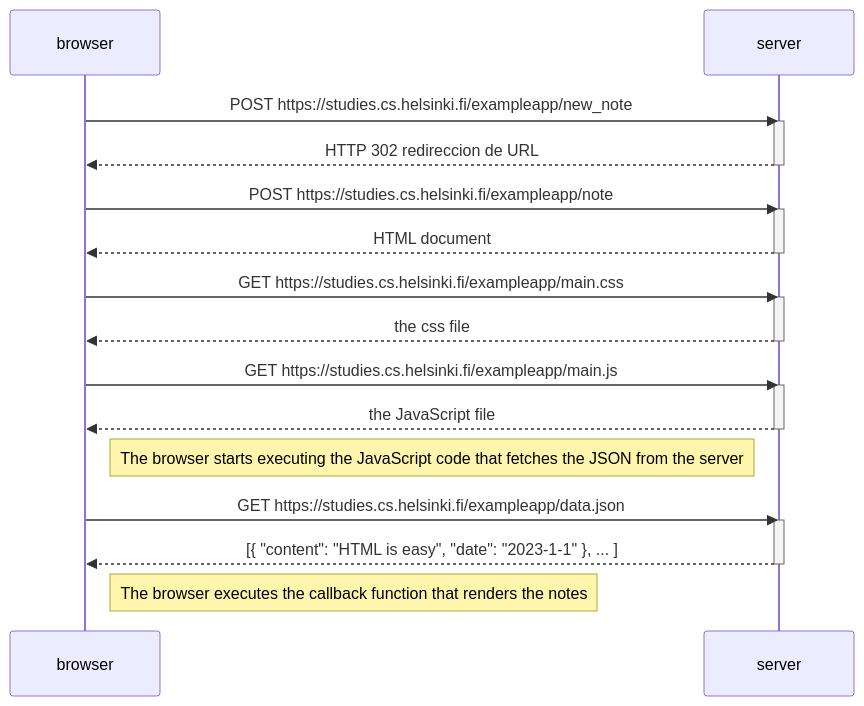
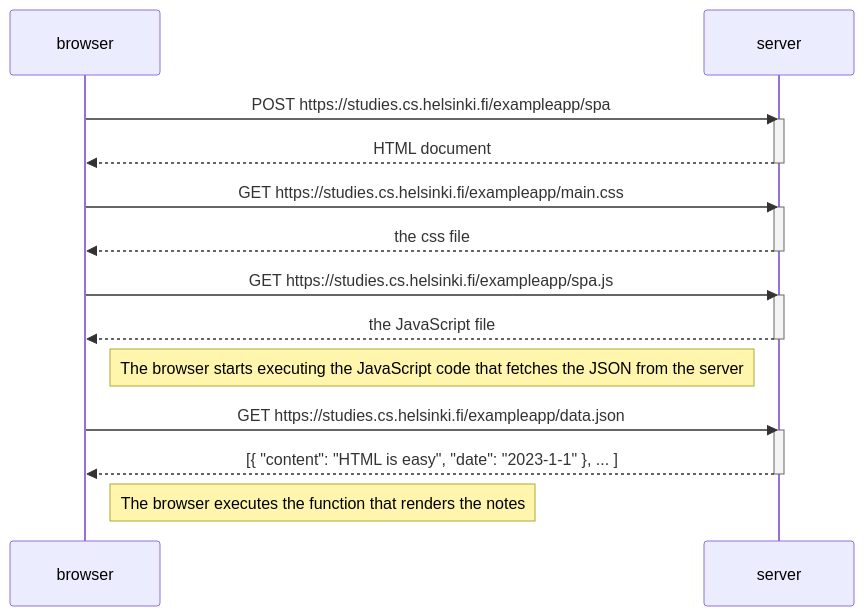
The diagram in part0/05-diagramSPA.md (noerotgerdev-ai/full-stack-open), drawn with Mermaid before and after one commit.

Commit message:
Update 05-diagramSPA.md
Spa diagram

````diff
--- a/part0/05-diagramSPA.md
+++ b/part0/05-diagramSPA.md
@@ -2,34 +2,29 @@
 ```mermaid
 sequenceDiagram
     participant browser
     participant server
 
-    browser->>server: POST https://studies.cs.helsinki.fi/exampleapp/new_note
-    activate server
-    server-->>browser: HTTP 302 redireccion de URL
-    deactivate server
-
-    browser->>server: POST https://studies.cs.helsinki.fi/exampleapp/note
+    browser->>server: POST https://studies.cs.helsinki.fi/exampleapp/spa
     activate server
     server-->>browser: HTML document
     deactivate server
 
     browser->>server: GET https://studies.cs.helsinki.fi/exampleapp/main.css
     activate server
     server-->>browser: the css file
     deactivate server
 
-    browser->>server: GET https://studies.cs.helsinki.fi/exampleapp/main.js
+    browser->>server: GET https://studies.cs.helsinki.fi/exampleapp/spa.js
     activate server
     server-->>browser: the JavaScript file
     deactivate server
 
     Note right of browser: The browser starts executing the JavaScript code that fetches the JSON from the server
 
     browser->>server: GET https://studies.cs.helsinki.fi/exampleapp/data.json
     activate server
     server-->>browser: [{ "content": "HTML is easy", "date": "2023-1-1" }, ... ]
     deactivate server
 
-    Note right of browser: The browser executes the callback function that renders the notes
+    Note right of browser: The browser executes the function that renders the notes
 ```
````
